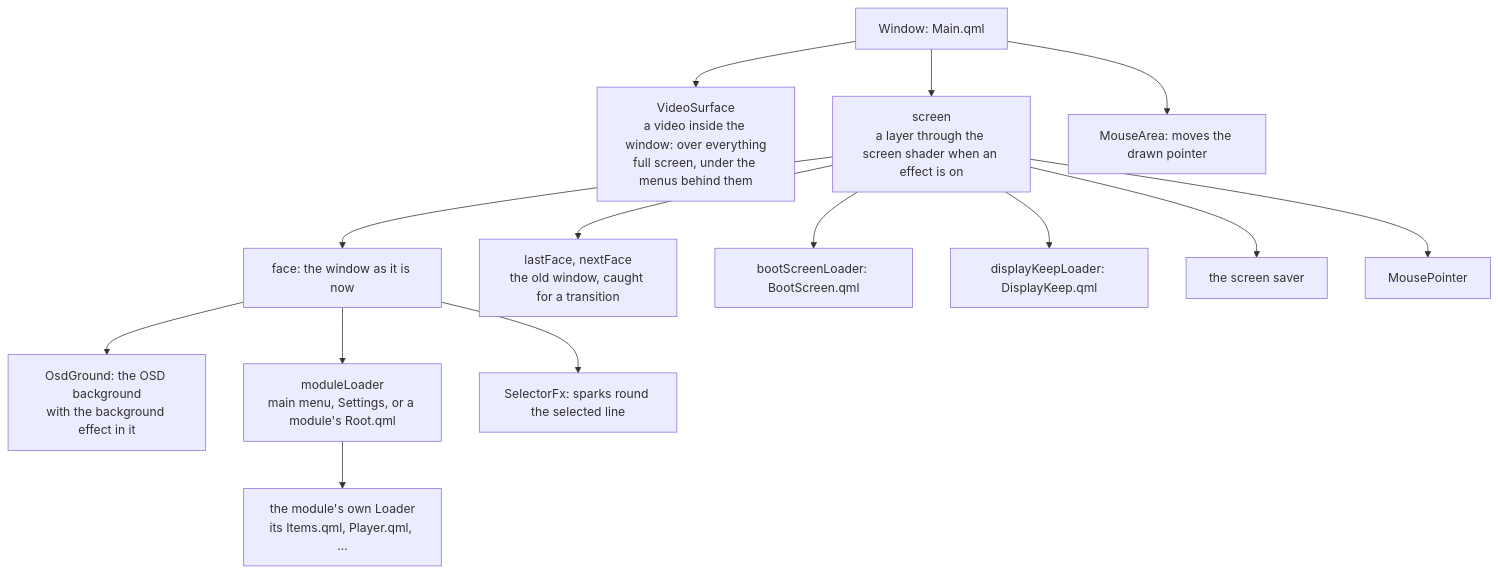
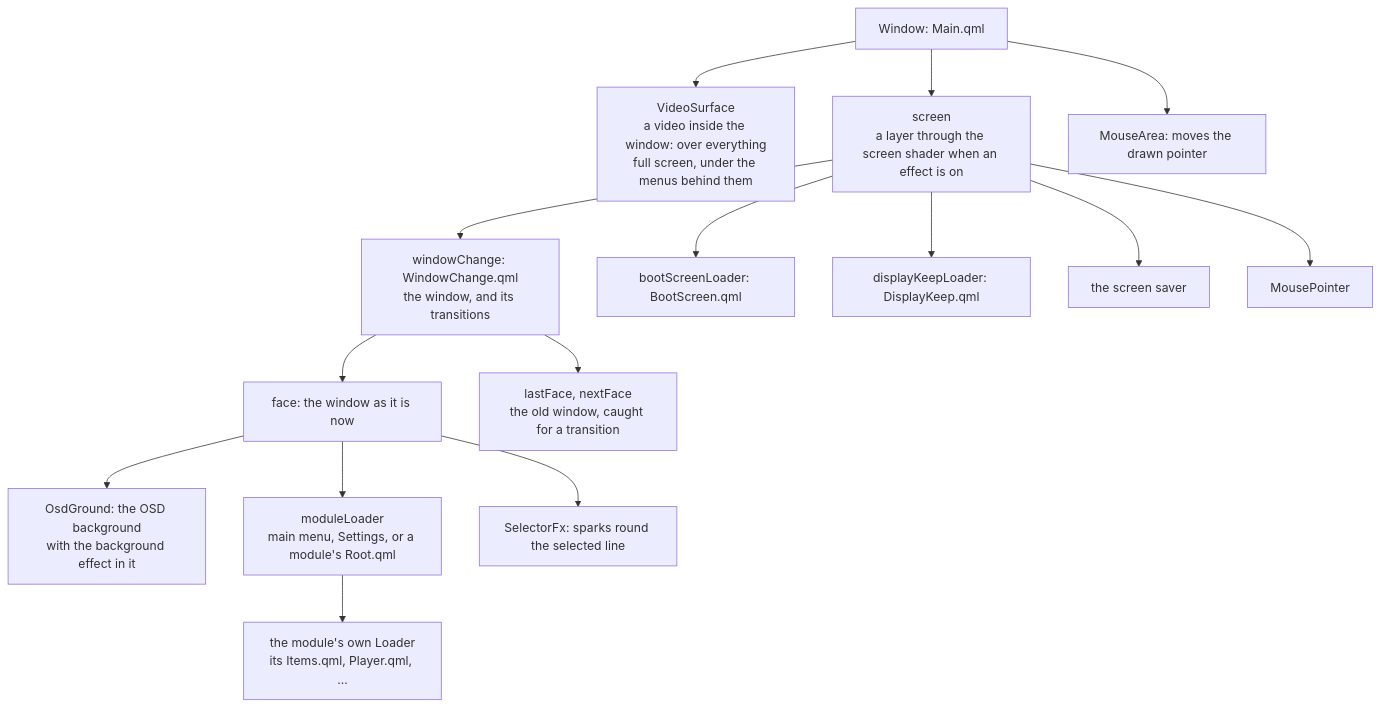
Before and after one commit to mehmetraif/OSD-OS: the second of 7 diagrams in docs/wiki/How-It-Works.md, drawn with Mermaid. The commit also changed 8 other files, not shown here.

First line of the commit message:
refactor: the window and its transitions in a component of their own

````diff
--- a/docs/wiki/How-It-Works.md
+++ b/docs/wiki/How-It-Works.md
@@ -92,16 +92,17 @@
 ```mermaid
 flowchart TD
     W["Window: Main.qml"] --> VS["VideoSurface<br/>a video inside the window: over everything<br/>full screen, under the menus behind them"]
     W --> SC["screen<br/>a layer through the screen shader when an effect is on"]
     W --> MA["MouseArea: moves the drawn pointer"]
-    SC --> F["face: the window as it is now"]
+    SC --> WC["windowChange: WindowChange.qml<br/>the window, and its transitions"]
+    WC --> F["face: the window as it is now"]
     F --> OG["OsdGround: the OSD background<br/>with the background effect in it"]
     F --> ML["moduleLoader<br/>main menu, Settings, or a module's Root.qml"]
     F --> SF["SelectorFx: sparks round the selected line"]
     ML --> IL["the module's own Loader<br/>its Items.qml, Player.qml, …"]
-    SC --> LF["lastFace, nextFace<br/>the old window, caught for a transition"]
+    WC --> LF["lastFace, nextFace<br/>the old window, caught for a transition"]
     SC --> BS["bootScreenLoader: BootScreen.qml"]
     SC --> DK["displayKeepLoader: DisplayKeep.qml"]
     SC --> SS["the screen saver"]
     SC --> MP["MousePointer"]
 ```
````
